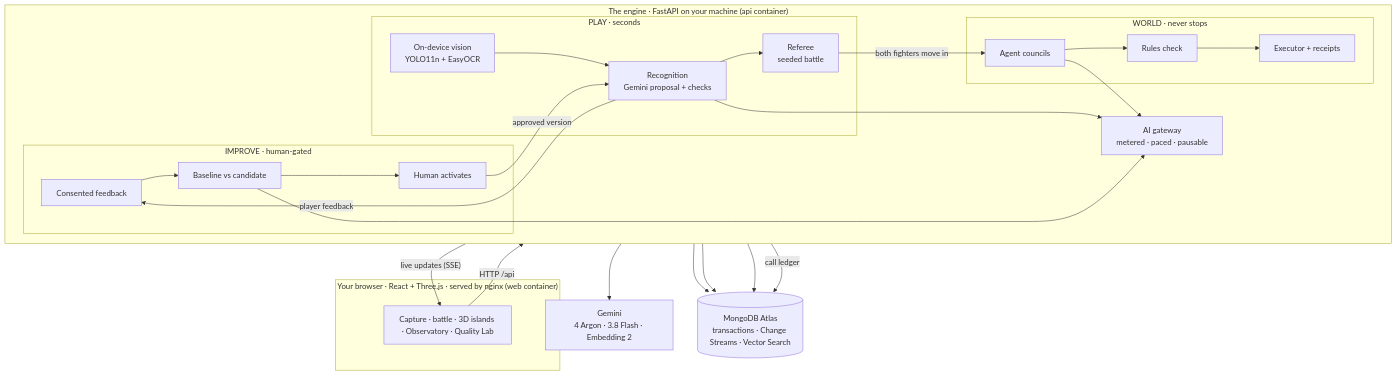
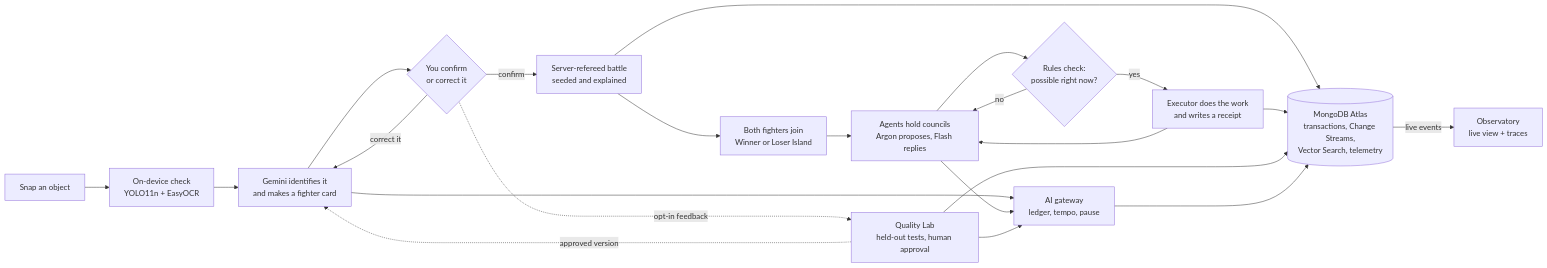
One commit to Sukhraj1000/sketch-clash changed the diagram in README.md. Above: the diagram before and after it, drawn with Mermaid. The commit also changed other lines of this file and 1 other file, not shown here.

First line of the commit message:
Condense the README around one flow diagram

````diff
--- a/README.md
+++ b/README.md
@@ -108,29 +22,19 @@
 ```mermaid
-flowchart TB
-  subgraph screen["Your browser · React + Three.js · served by nginx (web container)"]
-    UI["Capture · battle · 3D islands · Observatory · Quality Lab"]
-  end
-  subgraph engine["The engine · FastAPI on your machine (api container)"]
-    direction LR
-    subgraph play["PLAY · seconds"]
-      V["On-device vision<br/>YOLO11n + EasyOCR"] --> R["Recognition<br/>Gemini proposal + checks"] --> B["Referee<br/>seeded battle"]
-    end
-    subgraph world["WORLD · never stops"]
-      C["Agent councils"] --> VAL["Rules check"] --> EX["Executor + receipts"]
-    end
-    subgraph improve["IMPROVE · human-gated"]
-      F["Consented feedback"] --> E["Baseline vs candidate"] --> H["Human activates"]
-    end
-    GW["AI gateway<br/>metered · paced · pausable"]
-  end
-  G["Gemini<br/>4 Argon · 3.8 Flash · Embedding 2"]
-  A[("MongoDB Atlas<br/>transactions · Change Streams · Vector Search")]
-  UI -- "HTTP /api" --> engine
-  engine -- "live updates (SSE)" --> UI
-  B -- "both fighters move in" --> C
-  R -- "player feedback" --> F
-  H -- "approved version" --> R
-  R & C & E --> GW --> G
-  B & EX & F --> A
-  GW -- "call ledger" --> A
+flowchart LR
+  snap["Snap an object"] --> vision["On-device check<br/>YOLO11n + EasyOCR"]
+  vision --> gemini["Gemini identifies it<br/>and makes a fighter card"]
+  gemini --> you{"You confirm<br/>or correct it"}
+  you -->|correct it| gemini
+  you -->|confirm| battle["Server-refereed battle<br/>seeded and explained"]
+  battle --> islands["Both fighters join<br/>Winner or Loser Island"]
+  islands --> council["Agents hold councils<br/>Argon proposes, Flash replies"]
+  council --> rules{"Rules check:<br/>possible right now?"}
+  rules -->|no| council
+  rules -->|yes| work["Executor does the work<br/>and writes a receipt"]
+  work --> council
+  you -.->|opt-in feedback| lab["Quality Lab<br/>held-out tests, human approval"]
+  lab -.->|approved version| gemini
+  gemini & council & lab --> gateway["AI gateway<br/>ledger, tempo, pause"]
+  battle & work & lab & gateway --> atlas[("MongoDB Atlas<br/>transactions, Change Streams,<br/>Vector Search, telemetry")]
+  atlas -->|live events| obs["Observatory<br/>live view + traces"]
 ```
````
